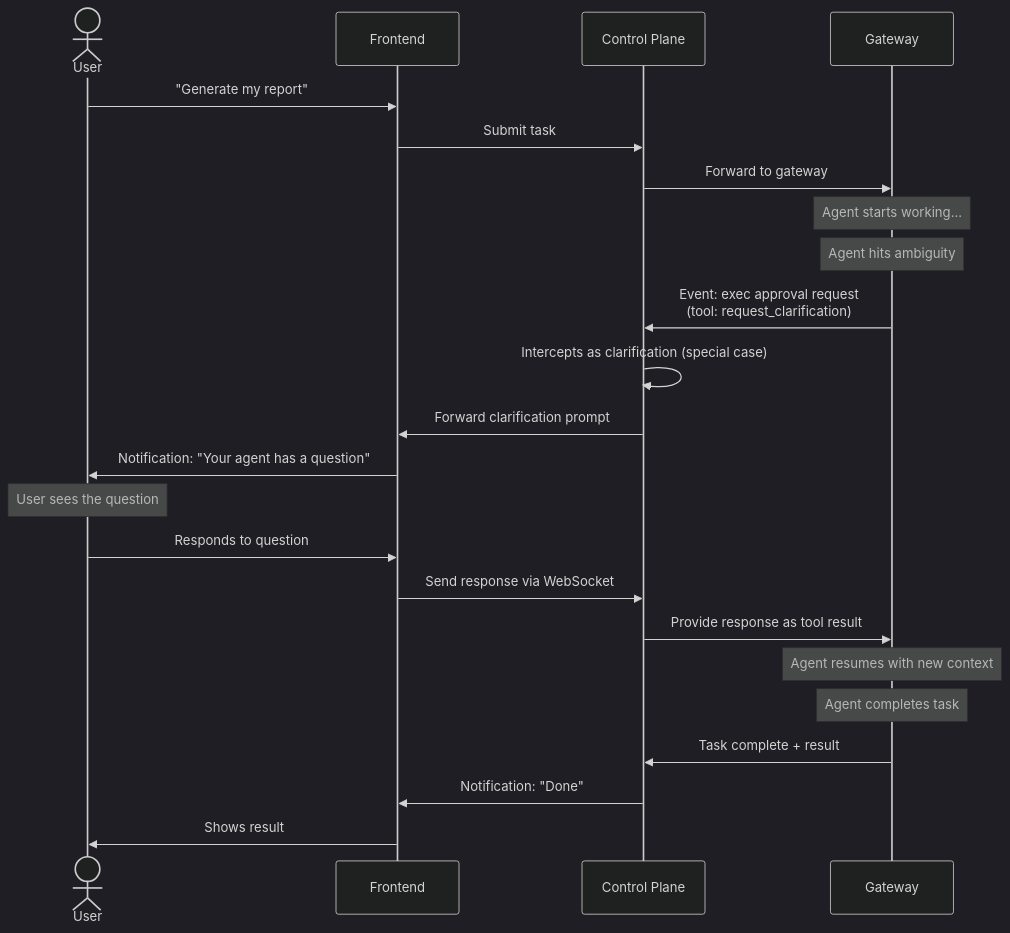
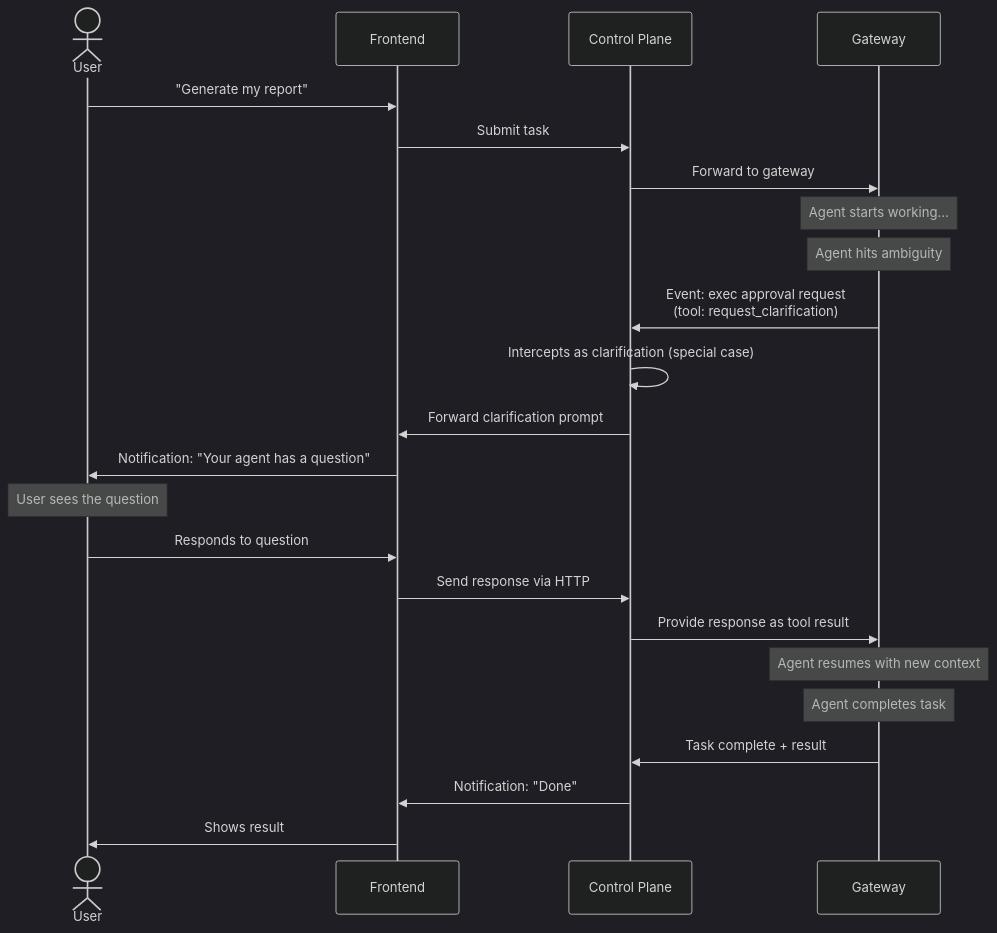
One commit to 1qh/claw changed the first of 2 diagrams in brainstorm/features/error-handling.md. Above: the diagram before and after it, drawn with Mermaid (dark theme). The commit also changed other lines of this file and 181 other files, not shown here.

````diff
--- a/brainstorm/features/error-handling.md
+++ b/brainstorm/features/error-handling.md
@@ -56,32 +56,32 @@
 ```mermaid
 sequenceDiagram
     actor User
     participant FE as Frontend
     participant CP as Control Plane
     participant GW as Gateway
 
     User->>FE: "Generate my report"
     FE->>CP: Submit task
     CP->>GW: Forward to gateway
 
     Note over GW: Agent starts working...
     Note over GW: Agent hits ambiguity
 
     GW->>CP: Event: exec approval request<br/>(tool: request_clarification)
     CP->>CP: Intercepts as clarification (special case)
     CP->>FE: Forward clarification prompt
     FE->>User: Notification: "Your agent has a question"
 
     Note over User: User sees the question
 
     User->>FE: Responds to question
-    FE->>CP: Send response via WebSocket
+    FE->>CP: Send response via HTTP
     CP->>GW: Provide response as tool result
 
     Note over GW: Agent resumes with new context
     Note over GW: Agent completes task
 
     GW->>CP: Task complete + result
     CP->>FE: Notification: "Done"
     FE->>User: Shows result
 ```
````
